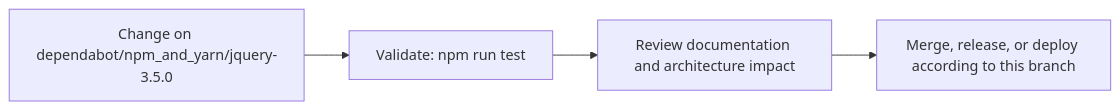
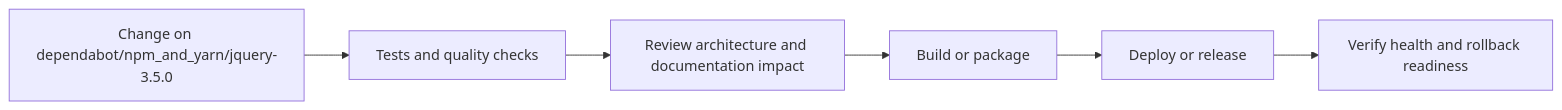
Before and after one commit to Nischhalsubba/rismfp-ui: the fourth of 5 diagrams in README.md, drawn with Mermaid. The commit also changed other lines of this file, not shown here.

````diff
--- a/README.md
+++ b/README.md
@@ -66,8 +135,8 @@
 ```mermaid
 flowchart LR
-    CHANGE["Change on dependabot/npm_and_yarn/jquery-3.5.0"]
-    CHECK["Validate: npm run test"]
-    REVIEW["Review documentation and architecture impact"]
-    RELEASE["Merge, release, or deploy according to this branch"]
-    CHANGE --> CHECK --> REVIEW --> RELEASE
+    CHANGE["Change on dependabot/npm_and_yarn/jquery-3.5.0"] --> CHECK["Tests and quality checks"]
+    CHECK --> REVIEW["Review architecture and documentation impact"]
+    REVIEW --> BUILD["Build or package"]
+    BUILD --> DEPLOY["Deploy or release"]
+    DEPLOY --> VERIFY["Verify health and rollback readiness"]
 ```
````
